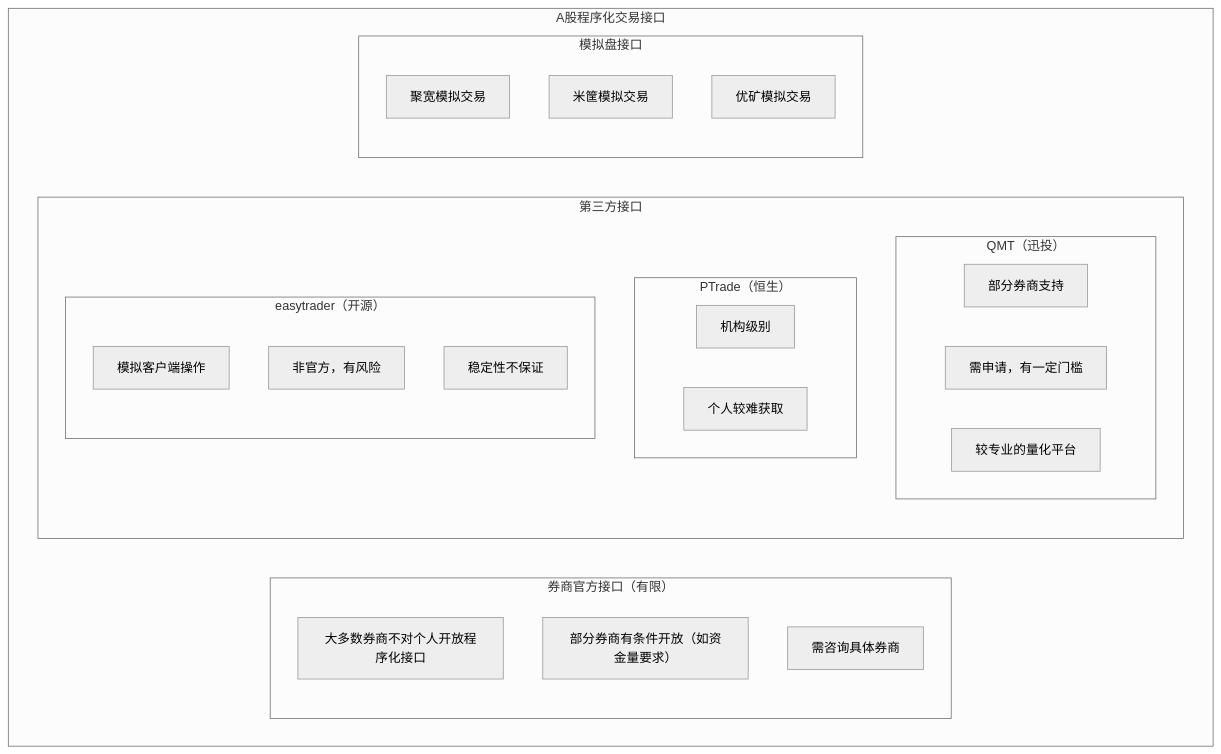
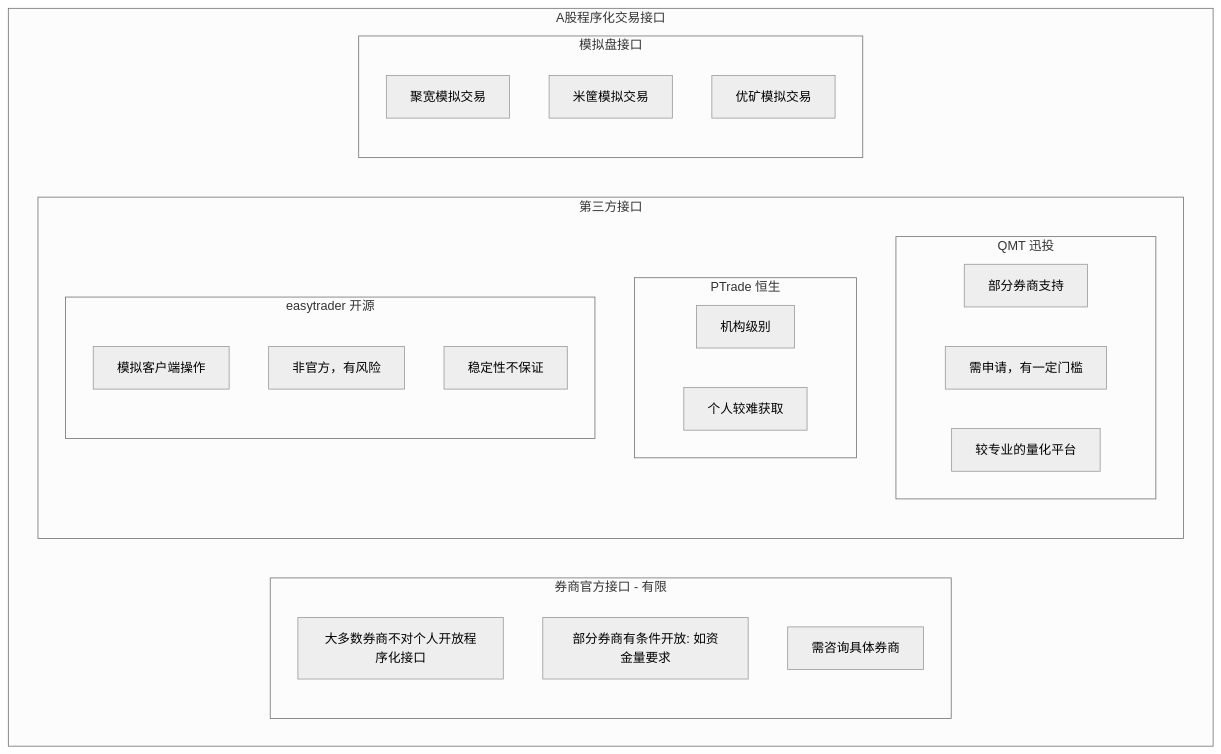
One commit to jpixy/jpixy.github.io changed the second of 13 diagrams in content/articles/quant/quant-03-中国大陆量化交易接口与数据.md. Above: the diagram before and after it, drawn with Mermaid (neutral theme). The commit also changed other lines of this file and 66 other files, not shown here.

Commit message:
fix: resolve Mermaid syntax errors by removing parentheses in node labels

````diff
--- a/content/articles/quant/quant-03-中国大陆量化交易接口与数据.md
+++ b/content/articles/quant/quant-03-中国大陆量化交易接口与数据.md
@@ -74,31 +74,31 @@
 ```mermaid
 graph TB
     subgraph A股接口["A股程序化交易接口"]
-        subgraph 官方["券商官方接口（有限）"]
+        subgraph 官方["券商官方接口 - 有限"]
             G1["大多数券商不对个人开放程序化接口"]
-            G2["部分券商有条件开放（如资金量要求）"]
+            G2["部分券商有条件开放: 如资金量要求"]
             G3["需咨询具体券商"]
         end
         subgraph 第三方接口
-            subgraph QMT["QMT（迅投）"]
+            subgraph QMT["QMT 迅投"]
                 Q1["部分券商支持"]
                 Q2["需申请，有一定门槛"]
                 Q3["较专业的量化平台"]
             end
-            subgraph PTrade["PTrade（恒生）"]
+            subgraph PTrade["PTrade 恒生"]
                 P1["机构级别"]
                 P2["个人较难获取"]
             end
-            subgraph easytrader["easytrader（开源）"]
+            subgraph easytrader["easytrader 开源"]
                 E1["模拟客户端操作"]
                 E2["非官方，有风险"]
                 E3["稳定性不保证"]
             end
         end
         subgraph 模拟盘接口
             M1["聚宽模拟交易"]
             M2["米筐模拟交易"]
             M3["优矿模拟交易"]
         end
     end
 ```
````
